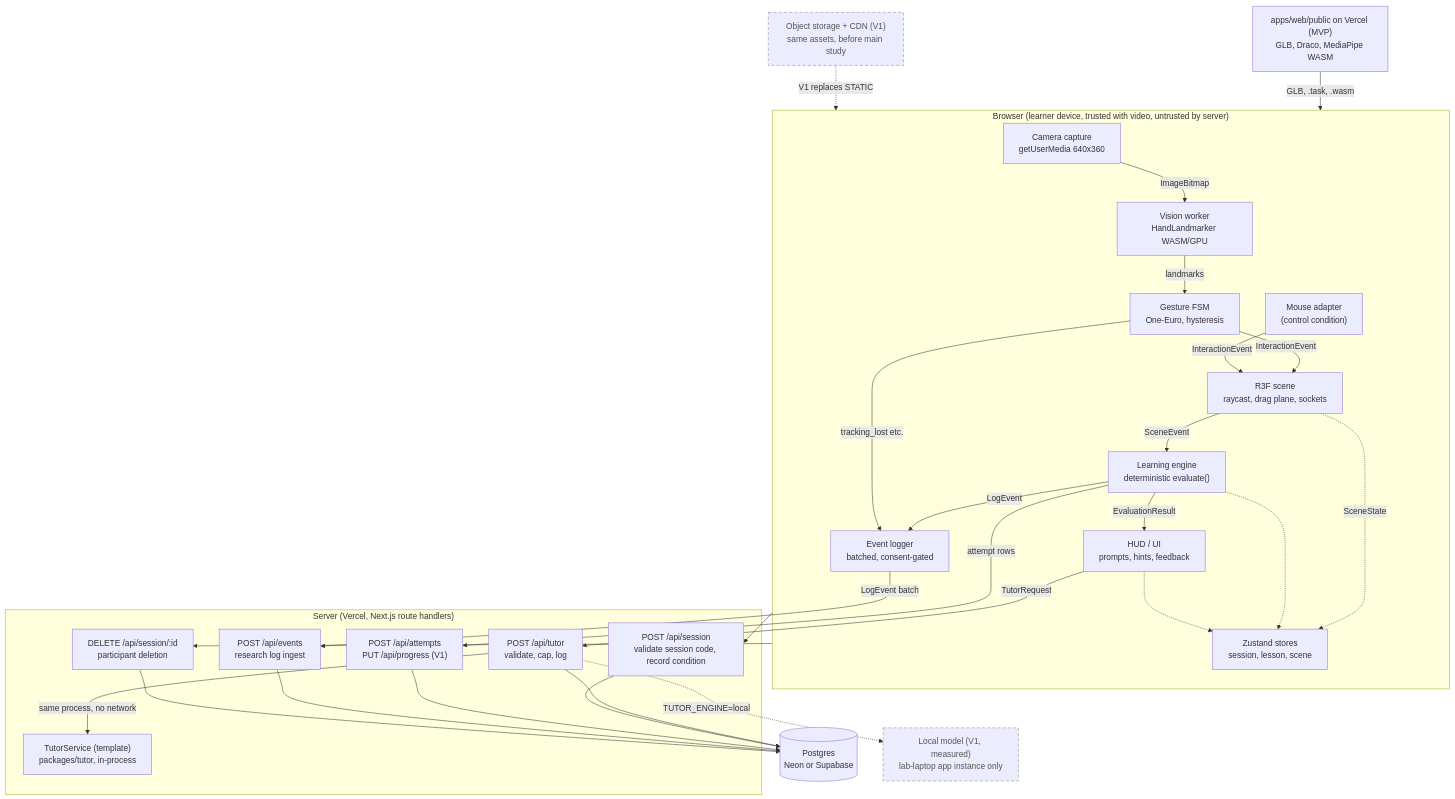
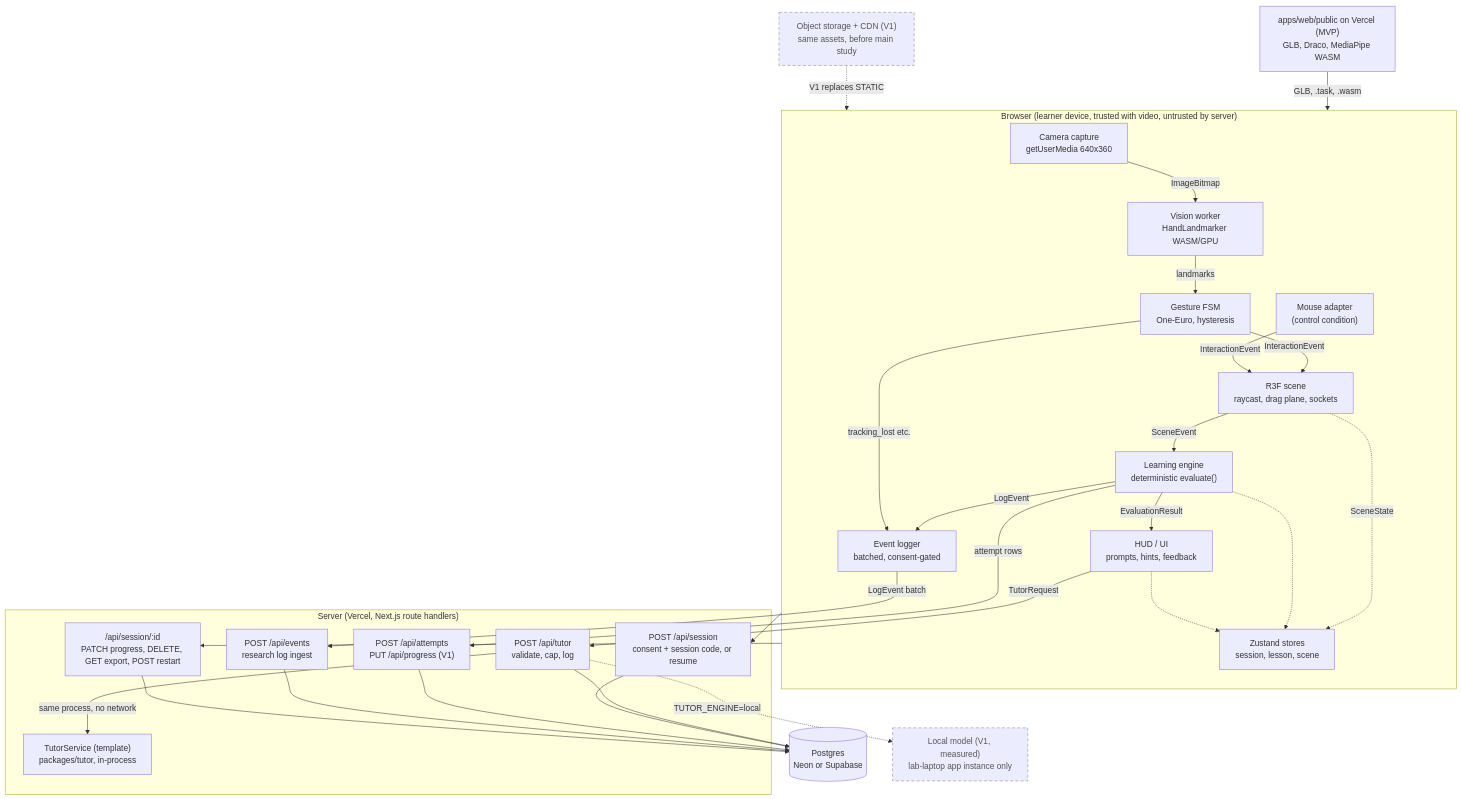
One commit to bses7/Grasp changed the first of 2 diagrams in docs/03-system-architecture.md. Above: the diagram before and after it, drawn with Mermaid. The commit also changed other lines of this file and 113 other files, not shown here.

````diff
--- a/docs/03-system-architecture.md
+++ b/docs/03-system-architecture.md
@@ -7,58 +7,58 @@
 ```mermaid
 flowchart TD
   subgraph Browser["Browser (learner device, trusted with video, untrusted by server)"]
     CAM["Camera capture<br/>getUserMedia 640x360"]
     VW["Vision worker<br/>HandLandmarker WASM/GPU"]
     FSM["Gesture FSM<br/>One-Euro, hysteresis"]
     MOUSE["Mouse adapter<br/>(control condition)"]
     SCENE["R3F scene<br/>raycast, drag plane, sockets"]
     ENGINE["Learning engine<br/>deterministic evaluate()"]
     HUD["HUD / UI<br/>prompts, hints, feedback"]
     LOG["Event logger<br/>batched, consent-gated"]
     STORE["Zustand stores<br/>session, lesson, scene"]
   end
 
   subgraph Server["Server (Vercel, Next.js route handlers)"]
-    RS["POST /api/session<br/>validate session code, record condition"]
+    RS["POST /api/session<br/>consent + session code, or resume"]
     RT["POST /api/tutor<br/>validate, cap, log"]
     TUT["TutorService (template)<br/>packages/tutor, in-process"]
     RA["POST /api/attempts<br/>PUT /api/progress (V1)"]
     RE["POST /api/events<br/>research log ingest"]
-    RD["DELETE /api/session/:id<br/>participant deletion"]
+    RD["/api/session/:id<br/>PATCH progress, DELETE, GET export, POST restart"]
   end
 
   PG[("Postgres<br/>Neon or Supabase")]
   STATIC["apps/web/public on Vercel (MVP)<br/>GLB, Draco, MediaPipe WASM"]
   CDN["Object storage + CDN (V1)<br/>same assets, before main study"]
   LOCAL["Local model (V1, measured)<br/>lab-laptop app instance only"]
 
   CAM -->|ImageBitmap| VW
   VW -->|landmarks| FSM
   FSM -->|InteractionEvent| SCENE
   MOUSE -->|InteractionEvent| SCENE
   SCENE -->|SceneEvent| ENGINE
   ENGINE -->|EvaluationResult| HUD
   SCENE -.->|SceneState| STORE
   ENGINE -.-> STORE
   HUD -.-> STORE
   ENGINE -->|LogEvent| LOG
   FSM -->|tracking_lost etc.| LOG
   STATIC -->|GLB, .task, .wasm| Browser
   CDN -.->|V1 replaces STATIC| Browser
 
   HUD -->|TutorRequest| RT
   RT -->|same process, no network| TUT
   RT -.->|TUTOR_ENGINE=local| LOCAL
   RT --> PG
   LOG -->|LogEvent batch| RE
   ENGINE -->|attempt rows| RA
   Browser --> RS
   Browser --> RD
   RS --> PG
   RA --> PG
   RE --> PG
   RD --> PG
 
   classDef v1 stroke-dasharray: 6 4,stroke:#888,color:#555
   class LOCAL,CDN v1
 ```
````
